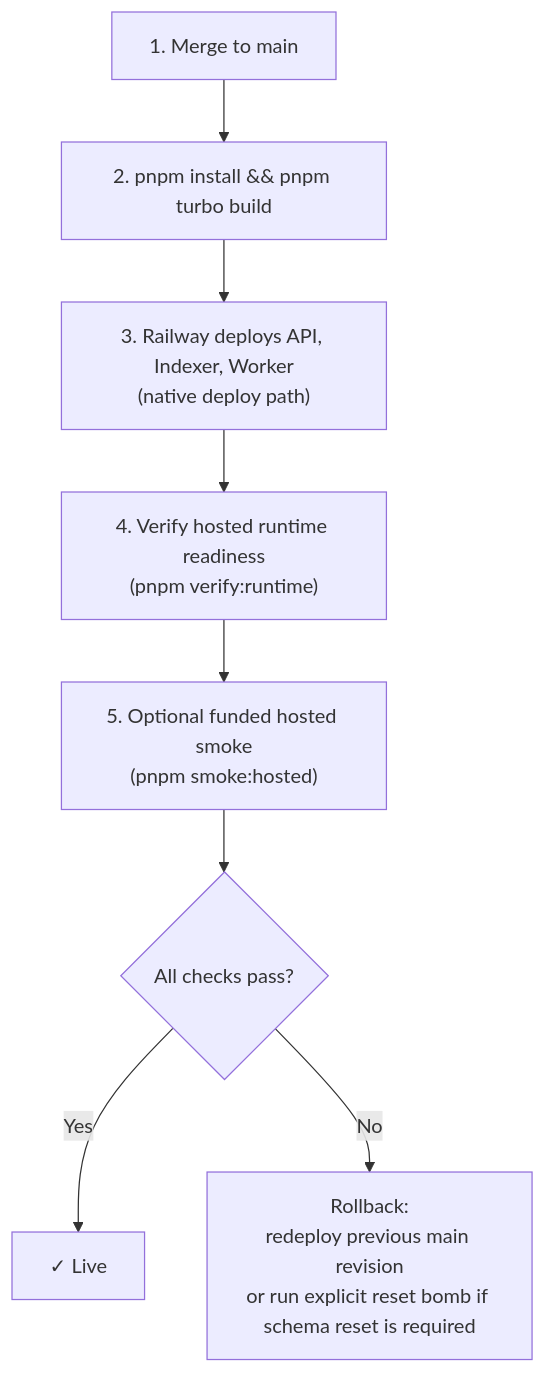
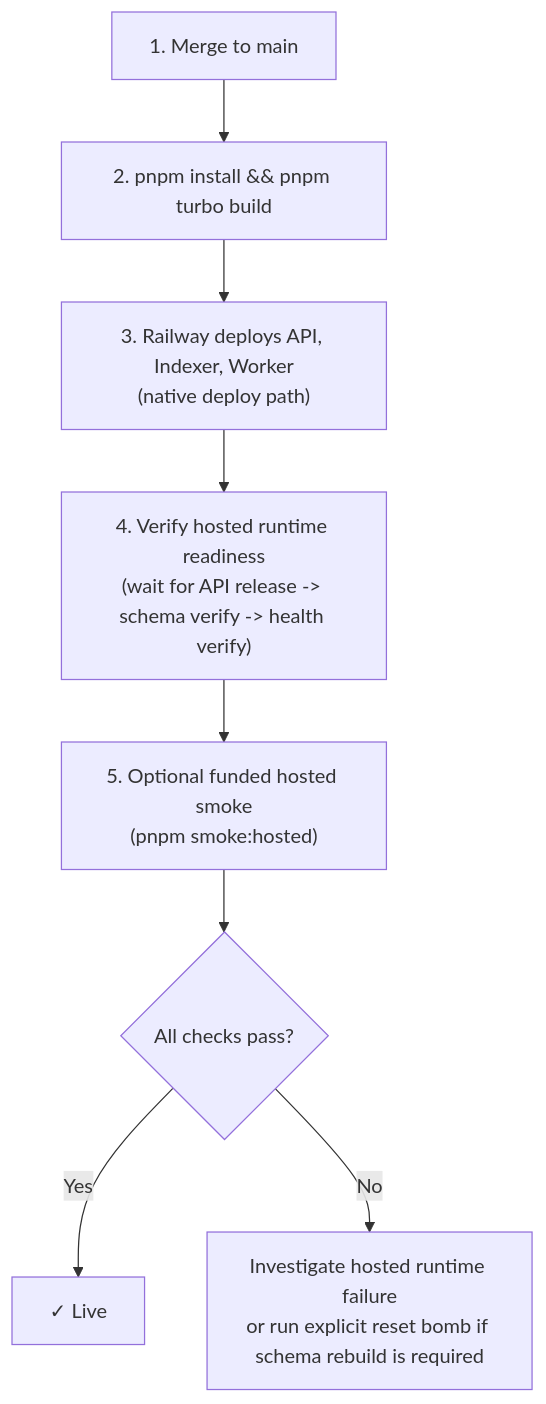
One commit to andymolecule/Hermes changed the diagram in docs/deployment.md. Above: the diagram before and after it, drawn with Mermaid. The commit also changed other lines of this file and 7 other files, not shown here.

Commit message:
ops: keep reset bomb manual and lock schema contract

````diff
--- a/docs/deployment.md
+++ b/docs/deployment.md
@@ -179,10 +185,10 @@
 ```mermaid
 flowchart TB
     A["1. Merge to main"] --> B["2. pnpm install && pnpm turbo build"]
     B --> C["3. Railway deploys API, Indexer, Worker<br/>(native deploy path)"]
-    C --> D["4. Verify hosted runtime readiness<br/>(pnpm verify:runtime)"]
+    C --> D["4. Verify hosted runtime readiness<br/>(wait for API release -> schema verify -> health verify)"]
     D --> E["5. Optional funded hosted smoke<br/>(pnpm smoke:hosted)"]
     E --> F{"All checks pass?"}
     F -->|Yes| G["✓ Live"]
-    F -->|No| H["Rollback:<br/>redeploy previous main revision<br/>or run explicit reset bomb if schema reset is required"]
+    F -->|No| H["Investigate hosted runtime failure<br/>or run explicit reset bomb if schema rebuild is required"]
 ```
````
